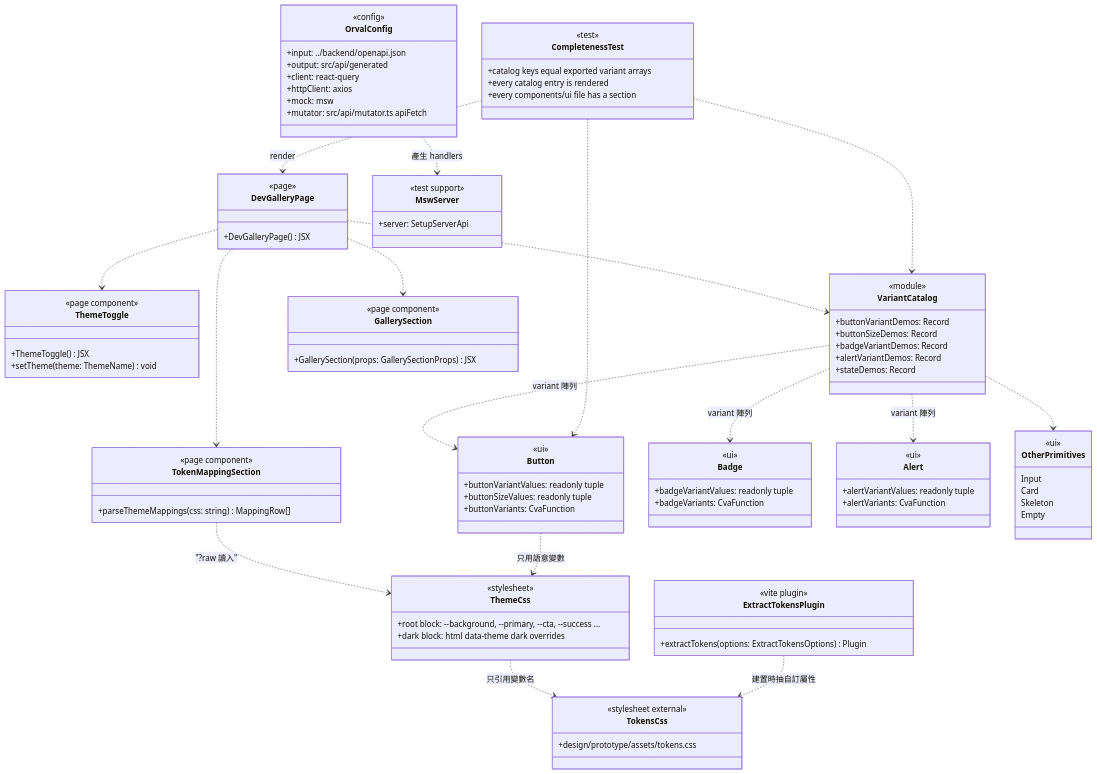
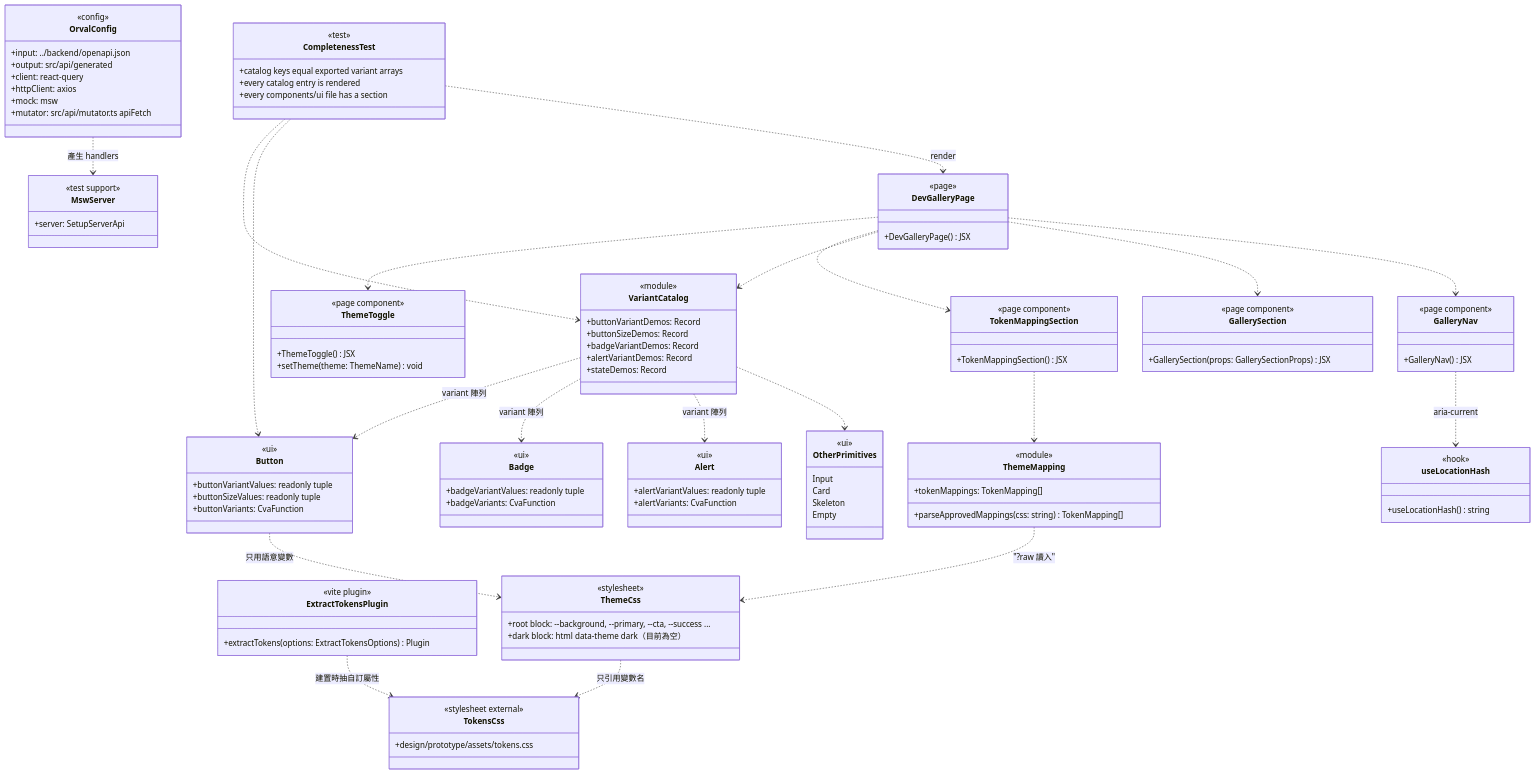
Before and after one commit to label-suite/label-suite: the second of 14 diagrams in openspec/changes/frontend-skeleton/system-design.md, drawn with Mermaid. The commit also changed other lines of this file and 4 other files, not shown here.

```diff
--- a/openspec/changes/frontend-skeleton/system-design.md
+++ b/openspec/changes/frontend-skeleton/system-design.md
@@ -293,7 +299,20 @@
   }
   class TokenMappingSection {
     <<page component>>
-    +parseThemeMappings(css: string) MappingRow[]
+    +TokenMappingSection() JSX
+  }
+  class ThemeMapping {
+    <<module>>
+    +parseApprovedMappings(css: string) TokenMapping[]
+    +tokenMappings: TokenMapping[]
+  }
+  class GalleryNav {
+    <<page component>>
+    +GalleryNav() JSX
+  }
+  class useLocationHash {
+    <<hook>>
+    +useLocationHash() string
   }
   class VariantCatalog {
     <<module>>
@@ -343,7 +362,7 @@
   class ThemeCss {
     <<stylesheet>>
     +root block: --background, --primary, --cta, --success ...
-    +dark block: html data-theme dark overrides
+    +dark block: html data-theme dark（目前為空）
   }
   class TokensCss {
     <<stylesheet external>>
@@ -367,7 +386,10 @@
   DevGalleryPage ..> TokenMappingSection
   DevGalleryPage ..> VariantCatalog
   DevGalleryPage ..> GallerySection
-  TokenMappingSection ..> ThemeCss : "?raw 讀入"
+  DevGalleryPage ..> GalleryNav
+  GalleryNav ..> useLocationHash : aria-current
+  TokenMappingSection ..> ThemeMapping
+  ThemeMapping ..> ThemeCss : "?raw 讀入"
   VariantCatalog ..> Button : variant 陣列
   VariantCatalog ..> Badge : variant 陣列
   VariantCatalog ..> Alert : variant 陣列
```
